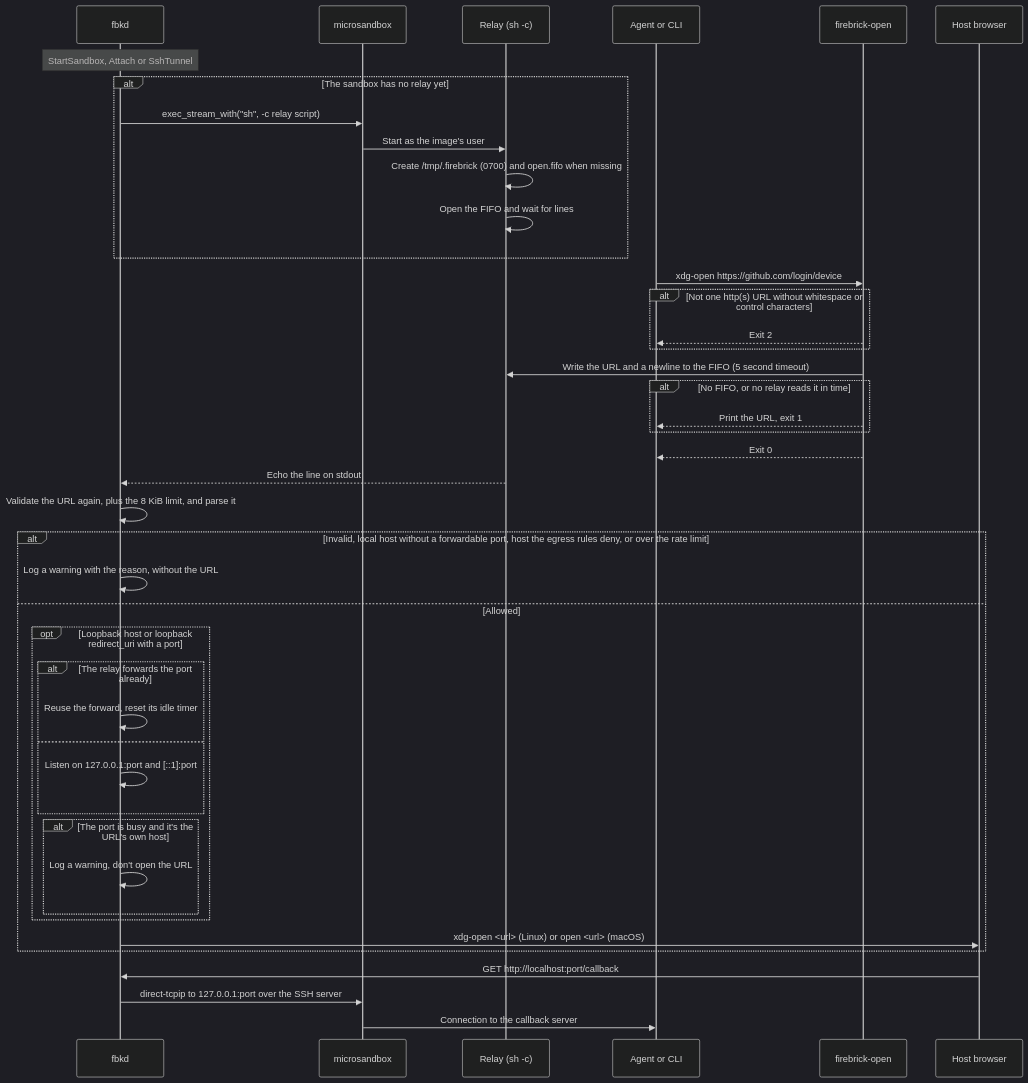
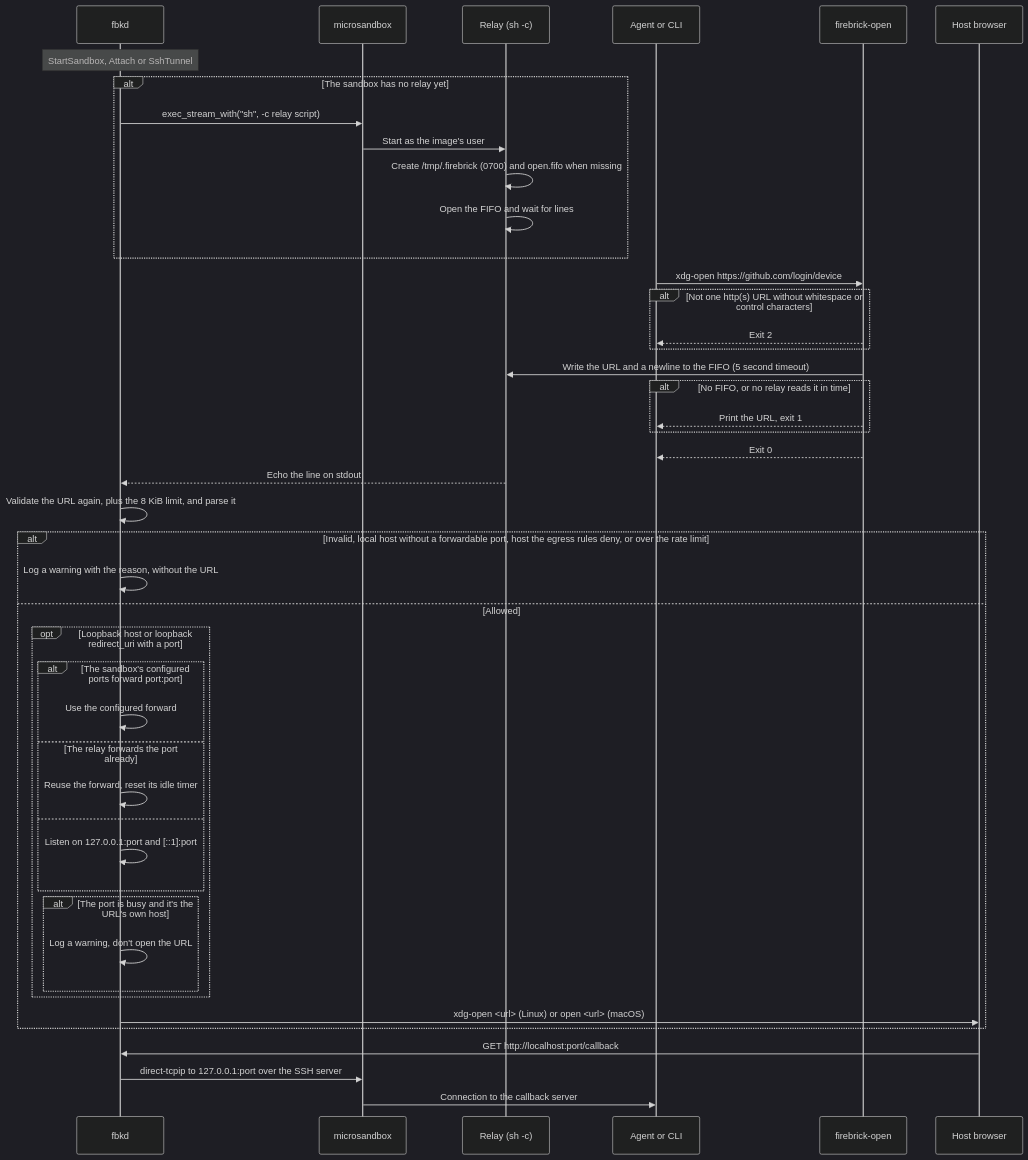
Before and after one commit to wmeints/anvil: the ninth of 9 diagrams in docs/architecture/06-runtime-view.md, drawn with Mermaid (dark theme). The commit also changed other lines of this file and 5 other files, not shown here.

First line of the commit message:
fix(daemon): reuse configured forwards for callback ports

````diff
--- a/docs/architecture/06-runtime-view.md
+++ b/docs/architecture/06-runtime-view.md
@@ -842,47 +842,49 @@
 ```mermaid
 sequenceDiagram
     participant D as fbkd
     participant MS as microsandbox
     participant R as Relay (sh -c)
     participant A as Agent or CLI
     participant O as firebrick-open
     participant B as Host browser
 
     Note over D: StartSandbox, Attach or SshTunnel
     alt The sandbox has no relay yet
         D->>MS: exec_stream_with("sh", -c relay script)
         MS->>R: Start as the image's user
         R->>R: Create /tmp/.firebrick (0700) and open.fifo when missing
         R->>R: Open the FIFO and wait for lines
     end
 
     A->>O: xdg-open https://github.com/login/device
     alt Not one http(s) URL without whitespace or control characters
         O-->>A: Exit 2
     end
     O->>R: Write the URL and a newline to the FIFO (5 second timeout)
     alt No FIFO, or no relay reads it in time
         O-->>A: Print the URL, exit 1
     end
     O-->>A: Exit 0
     R-->>D: Echo the line on stdout
     D->>D: Validate the URL again, plus the 8 KiB limit, and parse it
     alt Invalid, local host without a forwardable port, host the egress rules deny, or over the rate limit
         D->>D: Log a warning with the reason, without the URL
     else Allowed
         opt Loopback host or loopback redirect_uri with a port
-            alt The relay forwards the port already
+            alt The sandbox's configured ports forward port:port
+                D->>D: Use the configured forward
+            else The relay forwards the port already
                 D->>D: Reuse the forward, reset its idle timer
             else
                 D->>D: Listen on 127.0.0.1:port and [::1]:port
             end
             alt The port is busy and it's the URL's own host
                 D->>D: Log a warning, don't open the URL
             end
         end
         D->>B: xdg-open <url> (Linux) or open <url> (macOS)
     end
     B->>D: GET http://localhost:port/callback
     D->>MS: direct-tcpip to 127.0.0.1:port over the SSH server
     MS->>A: Connection to the callback server
 ```
````
